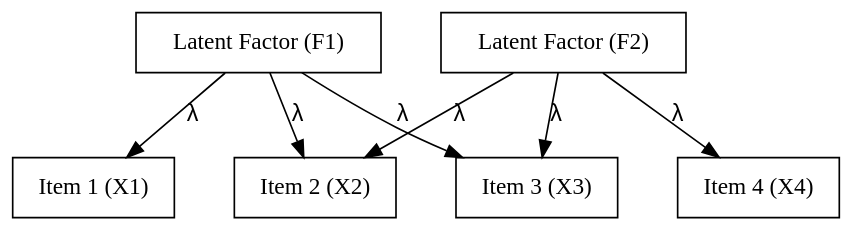
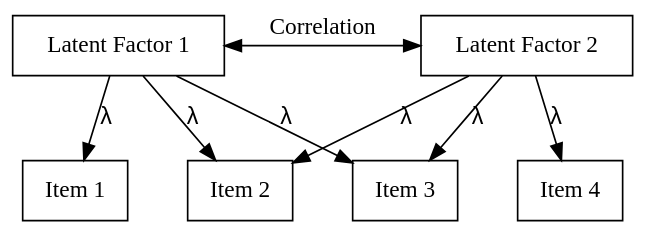
One commit to kevinli03/pspe changed the diagram in latent/multiplefac.qmd. Above: the diagram before and after it, drawn with Graphviz. The commit also changed other lines of this file and 51 other files, not shown here.

````diff
--- a/latent/multiplefac.qmd
+++ b/latent/multiplefac.qmd
@@ -12,25 +12,26 @@
 ```{dot}
 //| fig-width: 5
 //| fig-height: 1.4
 digraph example2 {
   bgcolor="transparent";
   // Nodes
-  F1 [shape=box, pos = "0,0!", label="Latent Factor (F1)"]
-  F2 [shape=box, pos = "0,0!", label="Latent Factor (F2)"]
-  X1 [shape=box, pos = "2,0!", label="Item 1 (X1)"]
-  X2 [shape=box, pos = "1,-2!", label="Item 2 (X2)"]
-  X3 [shape=box, pos="1,0!", label="Item 3 (X3)"]
-  X4 [shape=box, pos="1,0!", label="Item 4 (X4)"]
+  F1 [shape=box, pos = "0,0!", label="Latent Factor 1"]
+  F2 [shape=box, pos = "0,0!", label="Latent Factor 2"]
+  X1 [shape=box, pos = "2,0!", label="Item 1"]
+  X2 [shape=box, pos = "1,-2!", label="Item 2"]
+  X3 [shape=box, pos="1,0!", label="Item 3"]
+  X4 [shape=box, pos="1,0!", label="Item 4"]
 
   // Edges
   {F1 -> X1 [label=<<FONT FACE="Arial">&lambda;</FONT>>]}
   {F1 -> X2 [label=<<FONT FACE="Arial">&lambda;</FONT>>]}
   {F1 -> X3 [label=<<FONT FACE="Arial">&lambda;</FONT>>]}
   {F2 -> X2 [label=<<FONT FACE="Arial">&lambda;</FONT>>]}
   {F2 -> X3 [label=<<FONT FACE="Arial">&lambda;</FONT>>]}
   {F2 -> X4 [label=<<FONT FACE="Arial">&lambda;</FONT>>]}
+  {rank=same; F1 -> F2 [dir=both, label="Correlation"]}
   
   graph [nodesep=0.5, ranksep=0.5]
 
 }
 ```
````
